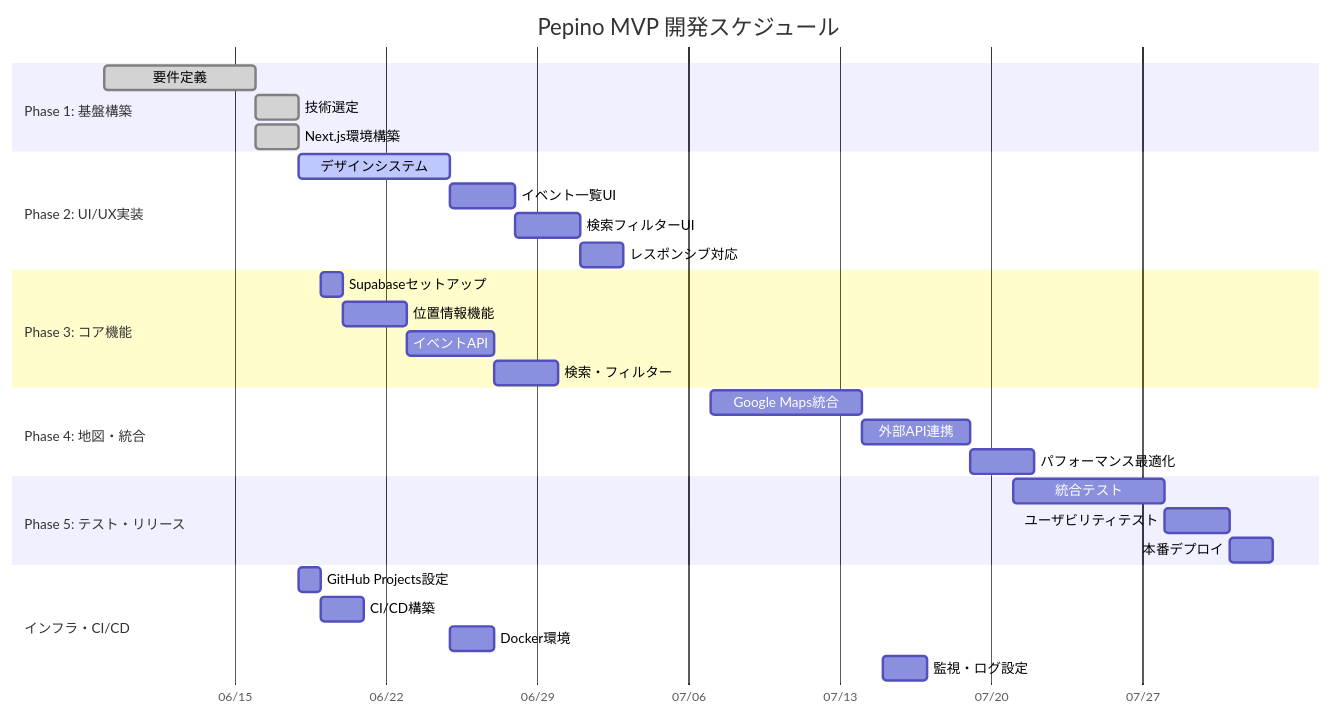
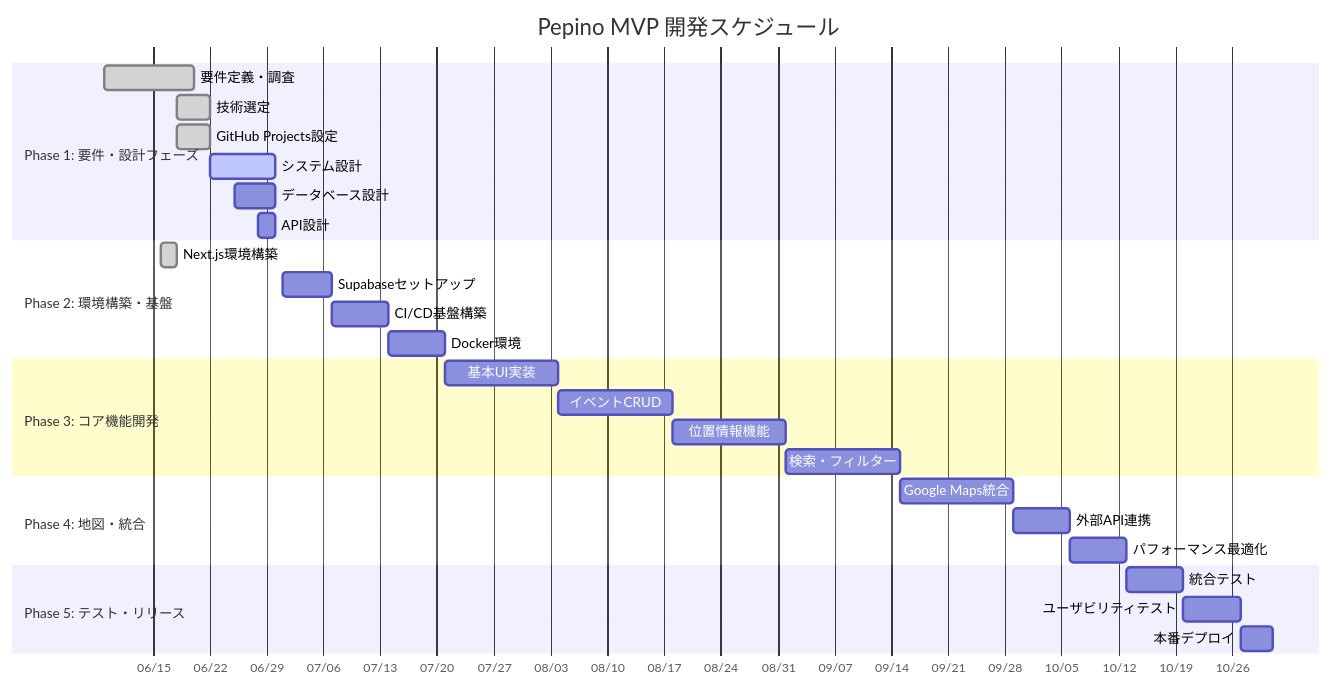
Before and after one commit to kpab/pepino: the diagram in docs/docs/project-management/04-gantt-chart.md, drawn with Mermaid. The commit also changed other lines of this file and 1 other file, not shown here.

````diff
--- a/docs/docs/project-management/04-gantt-chart.md
+++ b/docs/docs/project-management/04-gantt-chart.md
@@ -17,39 +17,36 @@
 ```mermaid
 gantt
     title Pepino MVP 開発スケジュール
     dateFormat  YYYY-MM-DD
     axisFormat  %m/%d
     
-    section Phase 1: 基盤構築
-    要件定義           :done, req, 2025-06-09, 2025-06-16
-    技術選定           :done, tech, 2025-06-16, 2025-06-18
+    section Phase 1: 要件・設計フェーズ
+    要件定義・調査      :done, req, 2025-06-09, 2025-06-20
+    技術選定           :done, tech, 2025-06-18, 2025-06-22
+    GitHub Projects設定 :done, project, 2025-06-18, 2025-06-22
+    システム設計       :active, design, 2025-06-22, 2025-06-30
+    データベース設計    :db-design, 2025-06-25, 2025-06-30
+    API設計            :api-design, 2025-06-28, 2025-06-30
+    
+    section Phase 2: 環境構築・基盤
     Next.js環境構築    :done, env, 2025-06-16, 2025-06-18
+    Supabaseセットアップ :db-setup, 2025-07-01, 2025-07-07
+    CI/CD基盤構築      :cicd, 2025-07-07, 2025-07-14
+    Docker環境         :docker, 2025-07-14, 2025-07-21
     
-    section Phase 2: UI/UX実装
-    デザインシステム    :active, design, 2025-06-18, 2025-06-25
-    イベント一覧UI     :ui1, after design, 3d
-    検索フィルターUI   :ui2, after ui1, 3d
-    レスポンシブ対応    :responsive, after ui2, 2d
-    
-    section Phase 3: コア機能
-    Supabaseセットアップ :db, 2025-06-19, 2025-06-20
-    位置情報機能       :location, after db, 3d
-    イベントAPI        :api, after location, 4d
-    検索・フィルター    :search, after api, 3d
+    section Phase 3: コア機能開発
+    基本UI実装         :ui-basic, 2025-07-21, 2025-08-04
+    イベントCRUD       :event-crud, 2025-08-04, 2025-08-18
+    位置情報機能       :location, 2025-08-18, 2025-09-01
+    検索・フィルター    :search, 2025-09-01, 2025-09-15
     
     section Phase 4: 地図・統合
-    Google Maps統合    :maps, 2025-07-07, 2025-07-14
-    外部API連携        :external, after maps, 5d
-    パフォーマンス最適化 :perf, after external, 3d
+    Google Maps統合    :maps, 2025-09-15, 2025-09-29
+    外部API連携        :external, 2025-09-29, 2025-10-06
+    パフォーマンス最適化 :perf, 2025-10-06, 2025-10-13
     
     section Phase 5: テスト・リリース
-    統合テスト         :test, 2025-07-21, 2025-07-28
-    ユーザビリティテスト :ux-test, after test, 3d
-    本番デプロイ       :deploy, after ux-test, 2d
-    
-    section インフラ・CI/CD
-    GitHub Projects設定 :project, 2025-06-18, 2025-06-19
-    CI/CD構築          :cicd, after project, 2d
-    Docker環境         :docker, 2025-06-25, 2025-06-27
-    監視・ログ設定      :monitoring, 2025-07-15, 2025-07-17
+    統合テスト         :test, 2025-10-13, 2025-10-20
+    ユーザビリティテスト :ux-test, 2025-10-20, 2025-10-27
+    本番デプロイ       :deploy, 2025-10-27, 2025-10-31
 ```
````
